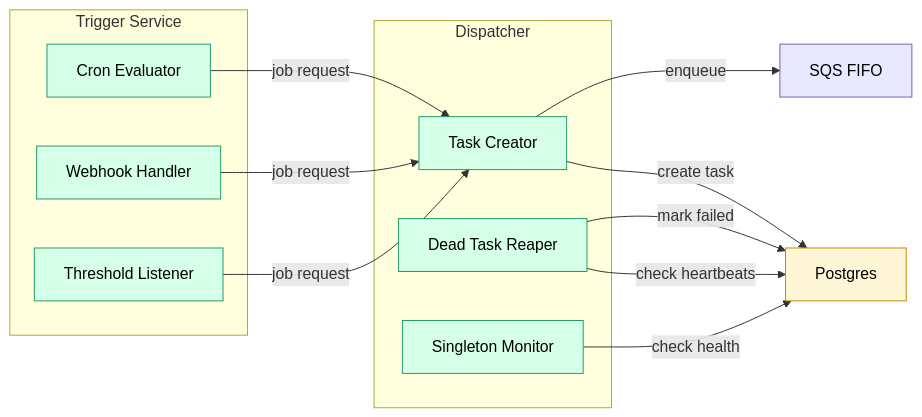
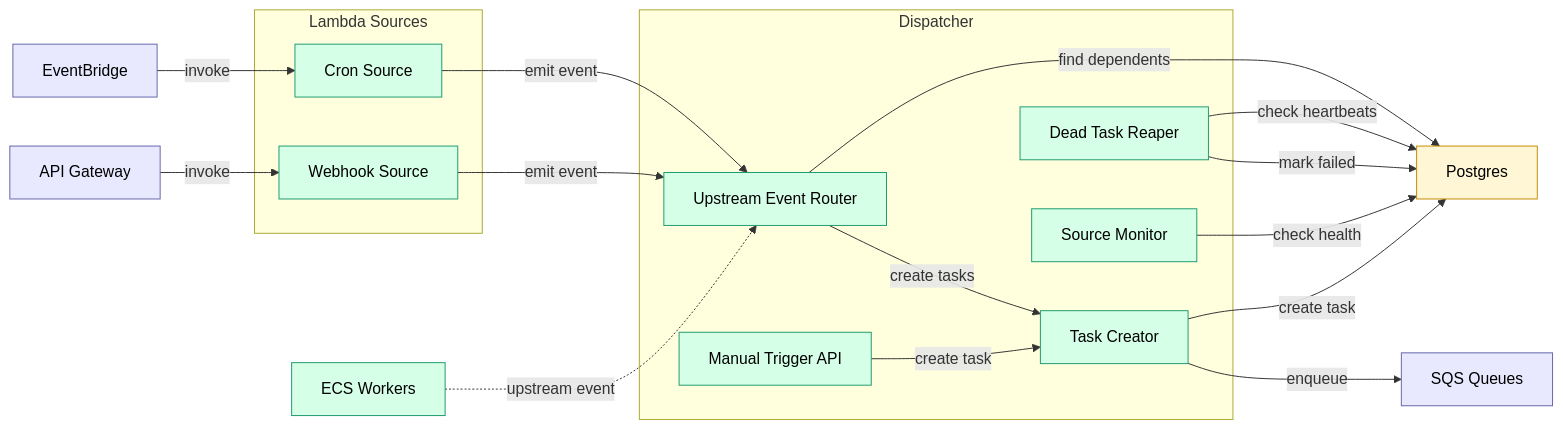
Before and after one commit to c7121/trace: the third of 5 diagrams in docs/architecture/diagrams/c4.md, drawn with Mermaid. The commit also changed other lines of this file and 17 other files, not shown here.

````diff
--- a/docs/architecture/diagrams/c4.md
+++ b/docs/architecture/diagrams/c4.md
@@ -89,31 +98,42 @@
 ```mermaid
 flowchart LR
-    subgraph Triggers["Trigger Service"]
-        cron["Cron Evaluator"]:::component
-        webhook["Webhook Handler"]:::component
-        threshold["Threshold Listener"]:::component
+    subgraph Sources["Lambda Sources"]
+        cronSrc["Cron Source"]:::component
+        webhookSrc["Webhook Source"]:::component
     end
 
     subgraph Dispatch["Dispatcher"]
         taskCreate["Task Creator"]:::component
+        eventRouter["Upstream Event Router"]:::component
         reaper["Dead Task Reaper"]:::component
-        singletonMon["Singleton Monitor"]:::component
+        sourceMon["Source Monitor"]:::component
+        manualApi["Manual Trigger API"]:::component
     end
 
-    sqs["SQS FIFO"]:::infra
+    eventbridge["EventBridge"]:::infra
+    apigw["API Gateway"]:::infra
+    sqs["SQS Queues"]:::infra
     postgres["Postgres"]:::database
+    workers["ECS Workers"]:::component
 
-    cron -->|job request| taskCreate
-    webhook -->|job request| taskCreate
-    threshold -->|job request| taskCreate
+    eventbridge -->|invoke| cronSrc
+    apigw -->|invoke| webhookSrc
+    
+    cronSrc -->|emit event| eventRouter
+    webhookSrc -->|emit event| eventRouter
+    manualApi -->|create task| taskCreate
+    
+    workers -.->|upstream event| eventRouter
+    eventRouter -->|find dependents| postgres
+    eventRouter -->|create tasks| taskCreate
     
     taskCreate -->|create task| postgres
     taskCreate -->|enqueue| sqs
     reaper -->|check heartbeats| postgres
     reaper -->|mark failed| postgres
-    singletonMon -->|check health| postgres
+    sourceMon -->|check health| postgres
 
     classDef component fill:#d6ffe7,stroke:#1f9a6f,color:#000;
     classDef infra fill:#e8e8ff,stroke:#6666aa,color:#000;
     classDef database fill:#fff6d6,stroke:#c58b00,color:#000;
 ```
````
